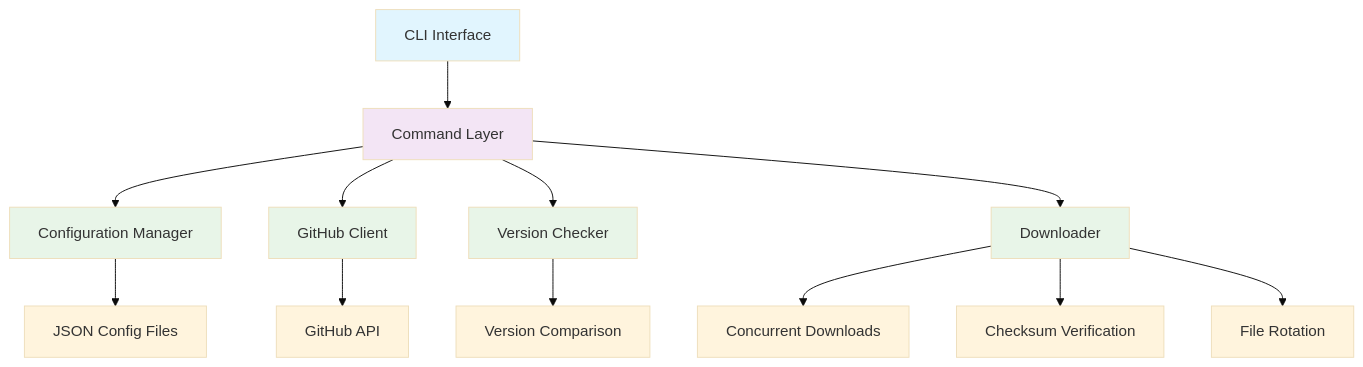
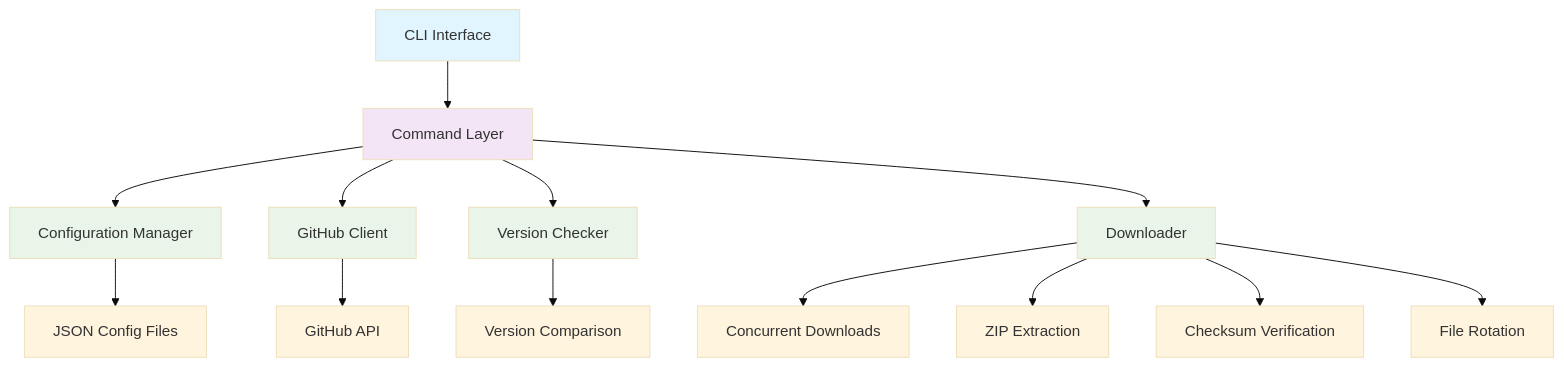
Before and after one commit to royw/appimage-updater: the first of 4 diagrams in docs/architecture.md, drawn with Mermaid (base theme). The commit also changed other lines of this file and 18 other files, not shown here.

First line of the commit message:
feat: comprehensive ZIP extraction support and documentation updates

````diff
--- a/docs/architecture.md
+++ b/docs/architecture.md
@@ -7,22 +7,23 @@
 ```mermaid
 graph TB
     A[CLI Interface] --> B[Command Layer]
     B --> C[Configuration Manager]
     B --> D[GitHub Client]
     B --> E[Version Checker]
     B --> F[Downloader]
     
     C --> G[JSON Config Files]
     D --> H[GitHub API]
     E --> I[Version Comparison]
     F --> J[Concurrent Downloads]
-    F --> K[Checksum Verification]
-    F --> L[File Rotation]
+    F --> K[ZIP Extraction]
+    F --> L[Checksum Verification]
+    F --> M[File Rotation]
     
     style A fill:#e1f5fe
     style B fill:#f3e5f5
     style C fill:#e8f5e8
     style D fill:#e8f5e8
     style E fill:#e8f5e8
     style F fill:#e8f5e8
 ```
````
